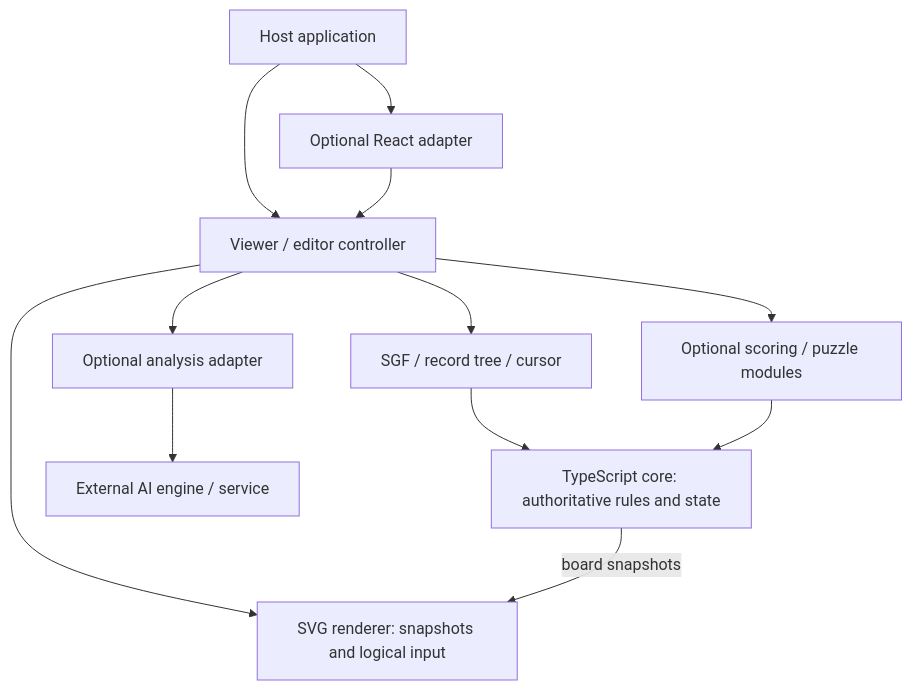
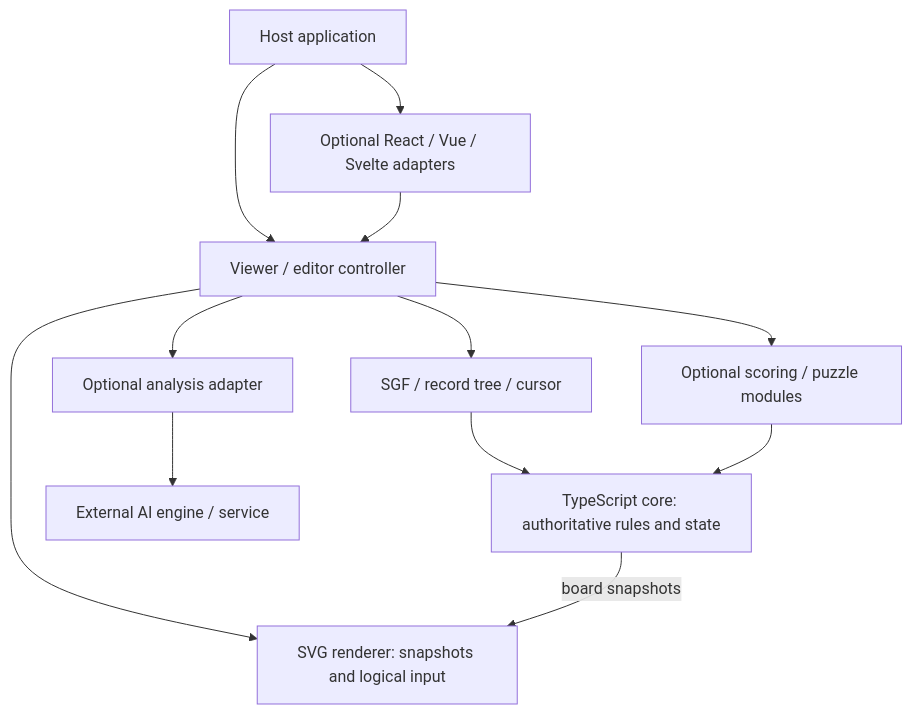
The diagram in diagrams/container-view.mmd (0disoft/banora), drawn with Mermaid before and after one commit. The commit also changed 19 other files, not shown here.

Commit message:
📝docs: plan official React Vue and Svelte adapters

```diff
--- a/diagrams/container-view.mmd
+++ b/diagrams/container-view.mmd
@@ -1,12 +1,12 @@
 flowchart TD
   Host["Host application"] --> Viewer["Viewer / editor controller"]
-  Host --> React["Optional React adapter"]
-  React --> Viewer
+  Host --> Adapters["Optional React / Vue / Svelte adapters"]
+  Adapters --> Viewer
   Viewer --> Records["SGF / record tree / cursor"]
   Records --> Core["TypeScript core: authoritative rules and state"]
   Viewer --> SVG["SVG renderer: snapshots and logical input"]
   Core -->|"board snapshots"| SVG
   Viewer --> Optional["Optional scoring / puzzle modules"]
   Optional --> Core
   Viewer --> Analysis["Optional analysis adapter"]
   Analysis --> AI["External AI engine / service"]
```
